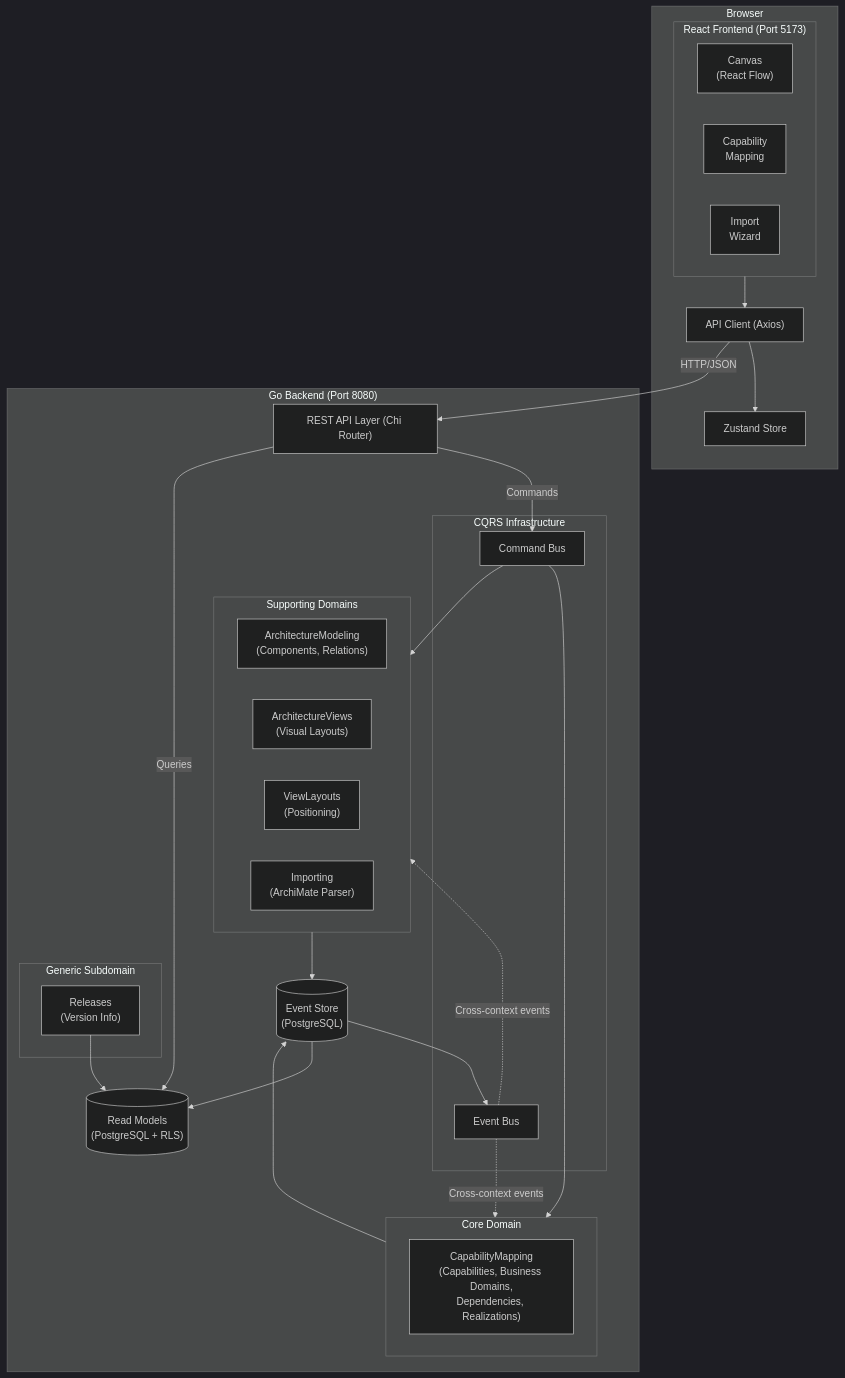
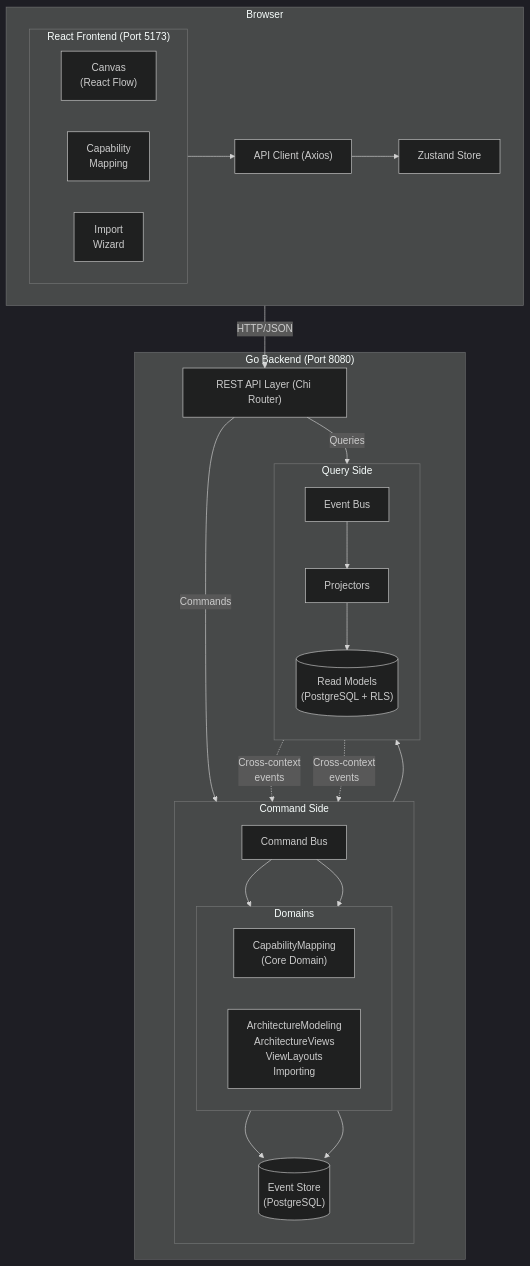
The diagram in README.md (martinosk/easi), drawn with Mermaid (dark theme) before and after one commit. The commit also changed 119 other files, not shown here.

````diff
--- a/README.md
+++ b/README.md
@@ -49,57 +49,52 @@
 ```mermaid
 flowchart TB
     subgraph Browser["Browser"]
+        direction LR
         subgraph Frontend["React Frontend (Port 5173)"]
             direction LR
             CanvasFeature["Canvas<br/>(React Flow)"]
             CapabilityUI["Capability<br/>Mapping"]
             ImportUI["Import<br/>Wizard"]
         end
         ApiClient["API Client (Axios)"]
         Store["Zustand Store"]
+        Frontend --> ApiClient
+        ApiClient --> Store
     end
 
     subgraph Backend["Go Backend (Port 8080)"]
         REST["REST API Layer (Chi Router)"]
 
-        subgraph CQRS["CQRS Infrastructure"]
+        subgraph CommandSide["Command Side"]
+            direction TB
             CommandBus["Command Bus"]
-            EventBus["Event Bus"]
+            subgraph Domains["Domains"]
+                direction LR
+                CoreDomain["CapabilityMapping<br/>(Core Domain)"]
+                SupportingDomains["ArchitectureModeling<br/>ArchitectureViews<br/>ViewLayouts<br/>Importing"]
+            end
+            EventStore[("Event Store<br/>(PostgreSQL)")]
         end
 
-        subgraph CoreDomain["Core Domain"]
-            Capability["CapabilityMapping<br/>(Capabilities, Business Domains,<br/>Dependencies, Realizations)"]
+        subgraph QuerySide["Query Side"]
+            direction TB
+            EventBus["Event Bus"]
+            Projectors["Projectors"]
+            ReadModels[("Read Models<br/>(PostgreSQL + RLS)")]
         end
 
-        subgraph SupportingDomains["Supporting Domains"]
-            Modeling["ArchitectureModeling<br/>(Components, Relations)"]
-            Views["ArchitectureViews<br/>(Visual Layouts)"]
-            Layouts["ViewLayouts<br/>(Positioning)"]
-            Importing["Importing<br/>(ArchiMate Parser)"]
-        end
-
-        subgraph GenericDomains["Generic Subdomain"]
-            Releases["Releases<br/>(Version Info)"]
-        end
-
-        EventStore[("Event Store<br/>(PostgreSQL)")]
-        ReadModels[("Read Models<br/>(PostgreSQL + RLS)")]
+        REST -->|Commands| CommandBus
+        REST -->|Queries| ReadModels
+        CommandBus --> CoreDomain
+        CommandBus --> SupportingDomains
+        CoreDomain --> EventStore
+        SupportingDomains --> EventStore
+        EventStore --> EventBus
+        EventBus --> Projectors
+        Projectors --> ReadModels
+        EventBus -.->|Cross-context<br/>events| CoreDomain
+        EventBus -.->|Cross-context<br/>events| SupportingDomains
     end
 
-    Frontend --> ApiClient
-    ApiClient --> Store
     ApiClient -->|HTTP/JSON| REST
-    REST -->|Commands| CommandBus
-    REST -->|Queries| ReadModels
-    CommandBus --> CoreDomain
-    CommandBus --> SupportingDomains
-
-    CoreDomain --> EventStore
-    SupportingDomains --> EventStore
-    EventStore --> EventBus
-    EventBus -.->|Cross-context events| SupportingDomains
-    EventBus -.->|Cross-context events| CoreDomain
-    EventStore --> ReadModels
-
-    Releases --> ReadModels
 ```
````
